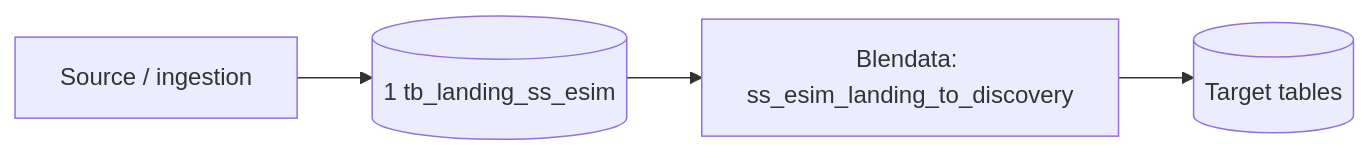
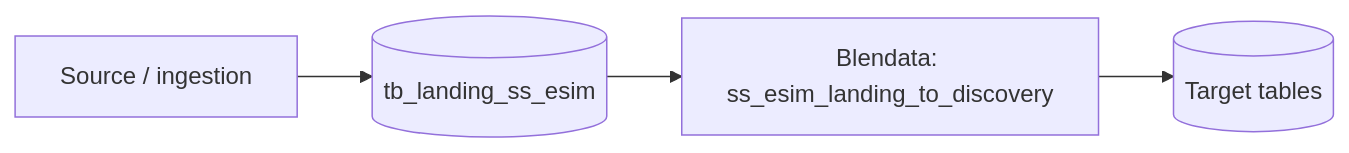
One commit to iamboy120123/Migrate_ODI_Team2 changed the diagram in projects/SS_ESIM/jobs/ss_esim_landing_to_discovery/.design/diagrams/as_is.mmd. Above: the diagram before and after it, drawn with Mermaid. The commit also changed 10 other files, not shown here.

Commit message:
SS_ESIM_L2D: fix landing name, intake Q1-Q12, GAP-01..04, preflight 5/5

```diff
--- a/projects/SS_ESIM/jobs/ss_esim_landing_to_discovery/.design/diagrams/as_is.mmd
+++ b/projects/SS_ESIM/jobs/ss_esim_landing_to_discovery/.design/diagrams/as_is.mmd
@@ -1,4 +1,4 @@
 flowchart LR
-  SRC[Source / ingestion] --> LND[(1 tb_landing_ss_esim)]
+  SRC[Source / ingestion] --> LND[(tb_landing_ss_esim)]
   LND --> BLD[Blendata: ss_esim_landing_to_discovery]
   BLD --> TGT[(Target tables)]
```
